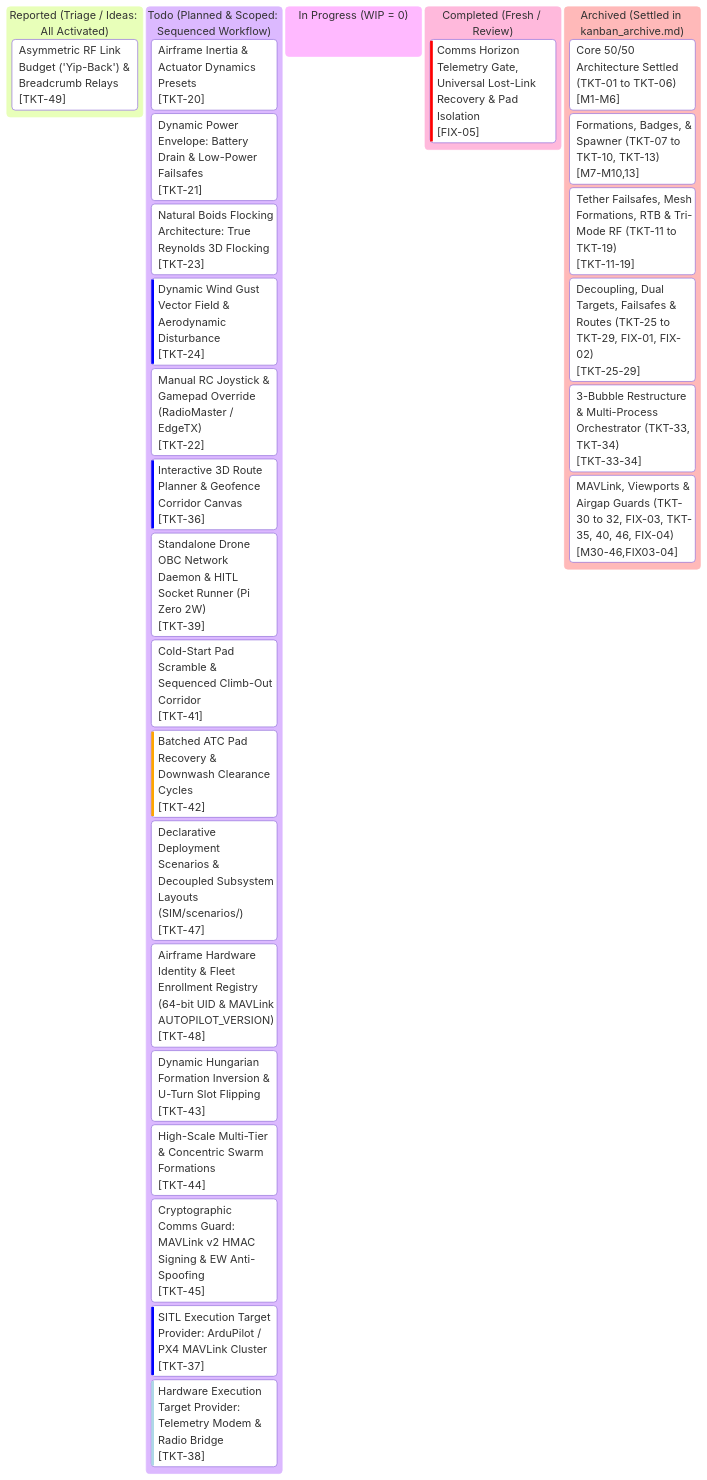
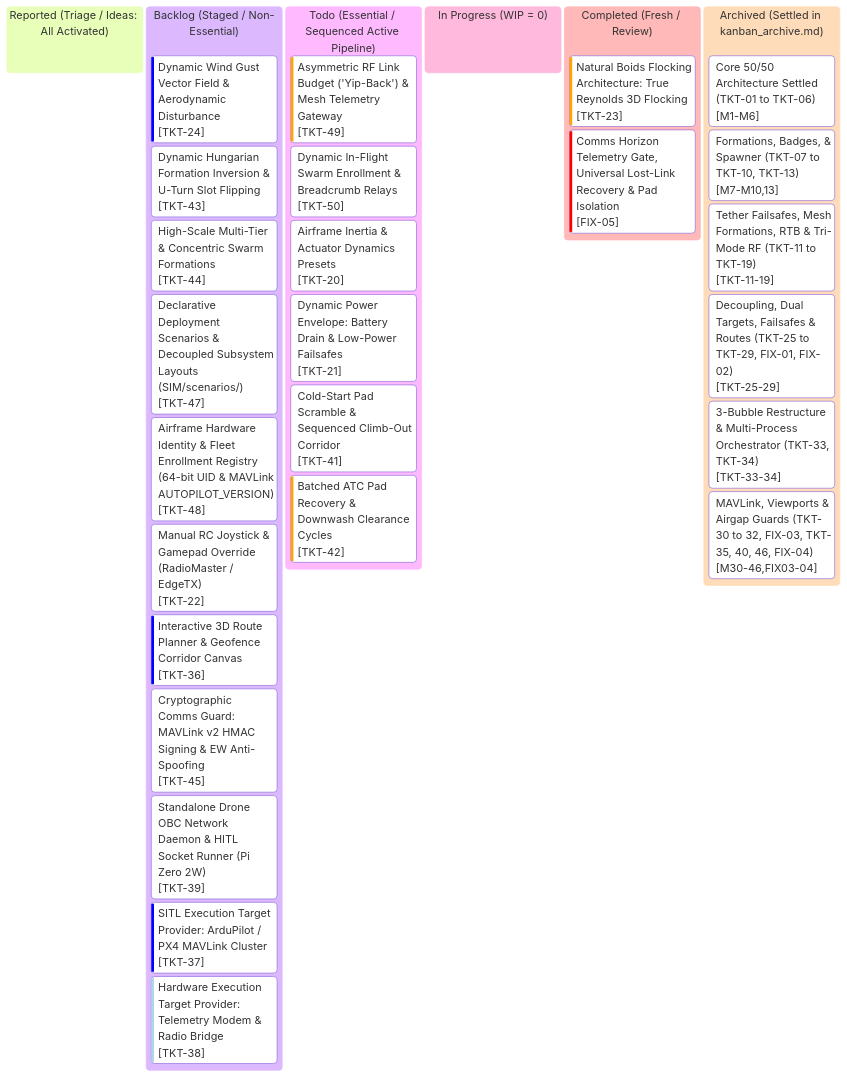
The diagram in kanban.md (AlitheiaDeus/SwarmTech_v3-Uprising), drawn with Mermaid before and after one commit. The commit also changed other lines of this file and 4 other files, not shown here.

Commit message:
feat(brains): 3D Reynolds boid murmuration with separation, alignment, cohesion & Z-layering [TKT-23]

````diff
--- a/kanban.md
+++ b/kanban.md
@@ -10,52 +10,54 @@
 ```mermaid
 %%{init: {
   'theme': 'base',
   'themeVariables': {
     'primaryColor': '#0d2235',
     'primaryTextColor': '#d4f4ff',
     'primaryBorderColor': '#00f0ff',
     'lineColor': '#00f0ff',
     'background': '#061019',
     'mainBkg': '#0a1926',
     'secondaryColor': '#081420',
     'secondaryTextColor': '#5a7e96',
     'secondaryBorderColor': '#134e6f',
     'tertiaryColor': '#0e263d',
     'tertiaryTextColor': '#00ffaa',
     'tertiaryBorderColor': '#00ffaa',
     'clusterBkg': '#081420',
     'clusterBorder': '#134e6f',
     'fontFamily': "'JetBrains Mono', 'Courier New', monospace"
   }
 }}%%
 kanban
   reported["Reported (Triage / Ideas: All Activated)"]
-    tkt49["Asymmetric RF Link Budget ('Yip-Back') & Breadcrumb Relays"]@{ ticket: '[TKT-49]', priority: 'Medium' }
-  todo["Todo (Planned & Scoped: Sequenced Workflow)"]
+  backlog["Backlog (Staged / Non-Essential)"]
+    tkt24["Dynamic Wind Gust Vector Field & Aerodynamic Disturbance"]@{ ticket: '[TKT-24]', priority: 'Low' }
+    tkt43["Dynamic Hungarian Formation Inversion & U-Turn Slot Flipping"]@{ ticket: '[TKT-43]', priority: 'Medium' }
+    tkt44["High-Scale Multi-Tier & Concentric Swarm Formations"]@{ ticket: '[TKT-44]', priority: 'Medium' }
+    tkt47["Declarative Deployment Scenarios & Decoupled Subsystem Layouts (SIM/scenarios/)"]@{ ticket: '[TKT-47]', priority: 'Medium' }
+    tkt48["Airframe Hardware Identity & Fleet Enrollment Registry (64-bit UID & MAVLink AUTOPILOT_VERSION)"]@{ ticket: '[TKT-48]', priority: 'Medium' }
+    tkt22["Manual RC Joystick & Gamepad Override (RadioMaster / EdgeTX)"]@{ ticket: '[TKT-22]', priority: 'Medium' }
+    tkt36["Interactive 3D Route Planner & Geofence Corridor Canvas"]@{ ticket: '[TKT-36]', priority: 'Low' }
+    tkt45["Cryptographic Comms Guard: MAVLink v2 HMAC Signing & EW Anti-Spoofing"]@{ ticket: '[TKT-45]', priority: 'Medium' }
+    tkt39["Standalone Drone OBC Network Daemon & HITL Socket Runner (Pi Zero 2W)"]@{ ticket: '[TKT-39]', priority: 'Medium' }
+    tkt37["SITL Execution Target Provider: ArduPilot / PX4 MAVLink Cluster"]@{ ticket: '[TKT-37]', priority: 'Low' }
+    tkt38["Hardware Execution Target Provider: Telemetry Modem & Radio Bridge"]@{ ticket: '[TKT-38]', priority: 'Very Low' }
+  todo["Todo (Essential / Sequenced Active Pipeline)"]
+    tkt49["Asymmetric RF Link Budget ('Yip-Back') & Mesh Telemetry Gateway"]@{ ticket: '[TKT-49]', priority: 'High' }
+    tkt50["Dynamic In-Flight Swarm Enrollment & Breadcrumb Relays"]@{ ticket: '[TKT-50]', priority: 'Medium' }
     tkt20["Airframe Inertia & Actuator Dynamics Presets"]@{ ticket: '[TKT-20]', priority: 'Medium' }
     tkt21["Dynamic Power Envelope: Battery Drain & Low-Power Failsafes"]@{ ticket: '[TKT-21]', priority: 'Medium' }
-    tkt23["Natural Boids Flocking Architecture: True Reynolds 3D Flocking"]@{ ticket: '[TKT-23]', priority: 'Medium' }
-    tkt24["Dynamic Wind Gust Vector Field & Aerodynamic Disturbance"]@{ ticket: '[TKT-24]', priority: 'Low' }
-    tkt22["Manual RC Joystick & Gamepad Override (RadioMaster / EdgeTX)"]@{ ticket: '[TKT-22]', priority: 'Medium' }
-    tkt36["Interactive 3D Route Planner & Geofence Corridor Canvas"]@{ ticket: '[TKT-36]', priority: 'Low' }
-    tkt39["Standalone Drone OBC Network Daemon & HITL Socket Runner (Pi Zero 2W)"]@{ ticket: '[TKT-39]', priority: 'Medium' }
     tkt41["Cold-Start Pad Scramble & Sequenced Climb-Out Corridor"]@{ ticket: '[TKT-41]', priority: 'Medium' }
     tkt42["Batched ATC Pad Recovery & Downwash Clearance Cycles"]@{ ticket: '[TKT-42]', priority: 'High' }
-    tkt47["Declarative Deployment Scenarios & Decoupled Subsystem Layouts (SIM/scenarios/)"]@{ ticket: '[TKT-47]', priority: 'Medium' }
-    tkt48["Airframe Hardware Identity & Fleet Enrollment Registry (64-bit UID & MAVLink AUTOPILOT_VERSION)"]@{ ticket: '[TKT-48]', priority: 'Medium' }
-    tkt43["Dynamic Hungarian Formation Inversion & U-Turn Slot Flipping"]@{ ticket: '[TKT-43]', priority: 'Medium' }
-    tkt44["High-Scale Multi-Tier & Concentric Swarm Formations"]@{ ticket: '[TKT-44]', priority: 'Medium' }
-    tkt45["Cryptographic Comms Guard: MAVLink v2 HMAC Signing & EW Anti-Spoofing"]@{ ticket: '[TKT-45]', priority: 'Medium' }
-    tkt37["SITL Execution Target Provider: ArduPilot / PX4 MAVLink Cluster"]@{ ticket: '[TKT-37]', priority: 'Low' }
-    tkt38["Hardware Execution Target Provider: Telemetry Modem & Radio Bridge"]@{ ticket: '[TKT-38]', priority: 'Very Low' }
   in_progress["In Progress (WIP = 0)"]
   completed["Completed (Fresh / Review)"]
+    tkt23["Natural Boids Flocking Architecture: True Reynolds 3D Flocking"]@{ ticket: '[TKT-23]', priority: 'High' }
     fix05["Comms Horizon Telemetry Gate, Universal Lost-Link Recovery & Pad Isolation"]@{ ticket: '[FIX-05]', priority: 'Very High' }
   archived["Archived (Settled in kanban_archive.md)"]
     arch_m1_6["Core 50/50 Architecture Settled (TKT-01 to TKT-06)"]@{ ticket: '[M1-M6]' }
     arch_m7_10_13["Formations, Badges, & Spawner (TKT-07 to TKT-10, TKT-13)"]@{ ticket: '[M7-M10,13]' }
     arch_m11_19["Tether Failsafes, Mesh Formations, RTB & Tri-Mode RF (TKT-11 to TKT-19)"]@{ ticket: '[TKT-11-19]' }
     arch_m25_29["Decoupling, Dual Targets, Failsafes & Routes (TKT-25 to TKT-29, FIX-01, FIX-02)"]@{ ticket: '[TKT-25-29]' }
     arch_m33_34["3-Bubble Restructure & Multi-Process Orchestrator (TKT-33, TKT-34)"]@{ ticket: '[TKT-33-34]' }
     arch_m30_46_fix03_04["MAVLink, Viewports & Airgap Guards (TKT-30 to 32, FIX-03, TKT-35, 40, 46, FIX-04)"]@{ ticket: '[M30-46,FIX03-04]' }
 ```
````
